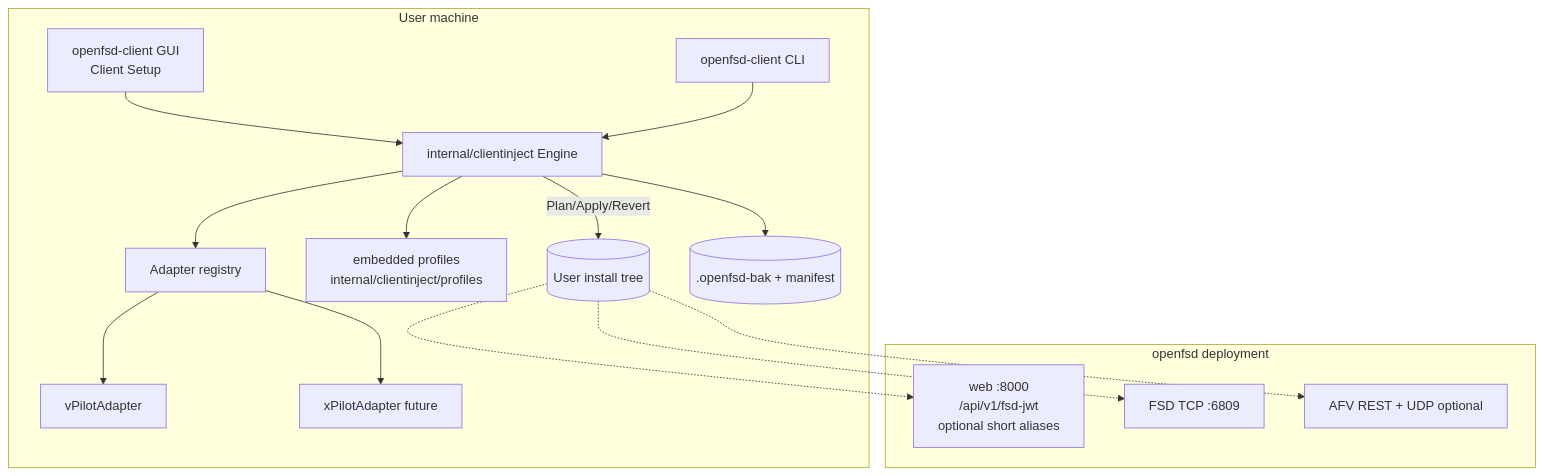
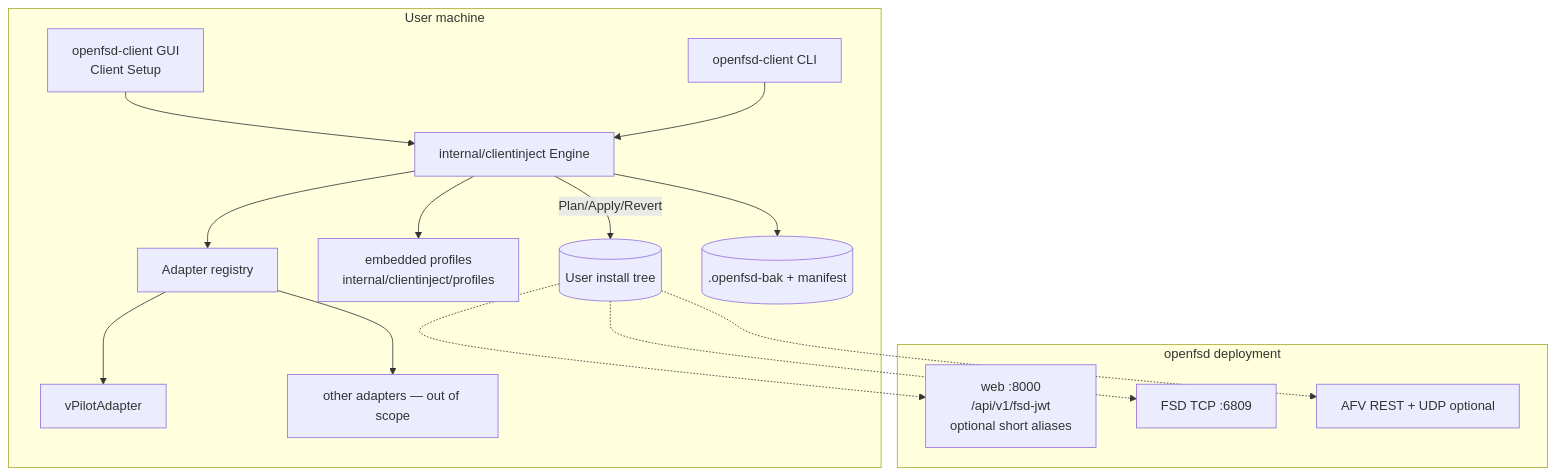
The first of 4 diagrams in docs/design/client-runtime-injector.md (renorris/openfsd), drawn with Mermaid before and after one commit. The commit also changed other lines of this file and 51 other files, not shown here.

````diff
--- a/docs/design/client-runtime-injector.md
+++ b/docs/design/client-runtime-injector.md
@@ -153,32 +153,32 @@
 ```mermaid
 flowchart TB
   subgraph user [User machine]
     GUI[openfsd-client GUI<br/>Client Setup]
     CLI[openfsd-client CLI]
     ENGINE[internal/clientinject Engine]
     AD[Adapter registry]
     VP[vPilotAdapter]
-    XP[xPilotAdapter future]
+    XP[other adapters — out of scope]
     PROF["embedded profiles<br/>internal/clientinject/profiles"]
     DISK[(User install tree)]
     BAK[(.openfsd-bak + manifest)]
   end
 
   subgraph openfsd [openfsd deployment]
     WEB[web :8000<br/>/api/v1/fsd-jwt<br/>optional short aliases]
     FSD[FSD TCP :6809]
     AFV[AFV REST + UDP optional]
   end
 
   GUI --> ENGINE
   CLI --> ENGINE
   ENGINE --> AD
   AD --> VP
   AD --> XP
   ENGINE --> PROF
   ENGINE -->|Plan/Apply/Revert| DISK
   ENGINE --> BAK
   DISK -.-> WEB
   DISK -.-> FSD
   DISK -.-> AFV
 ```
````
